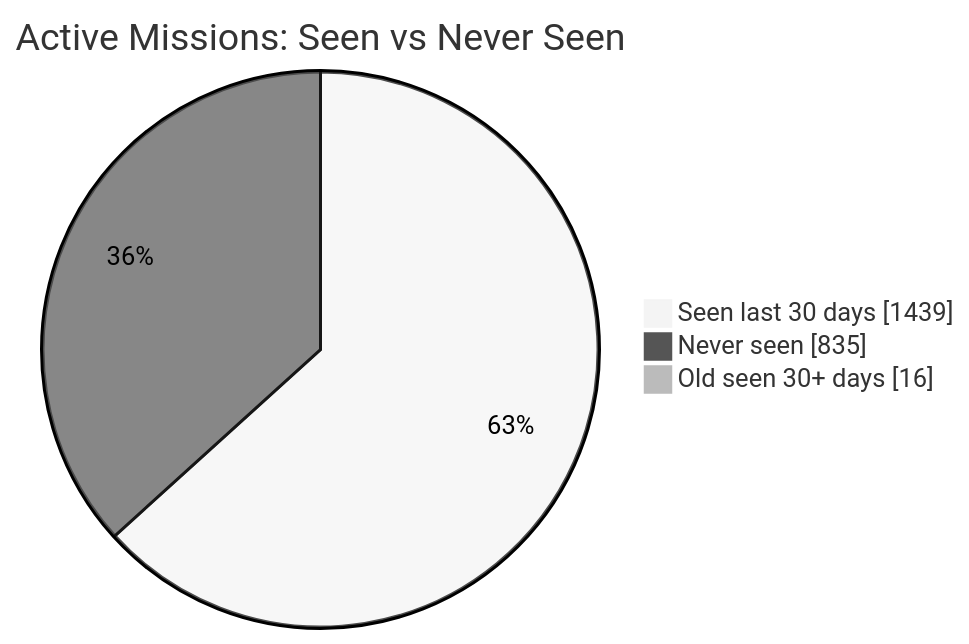
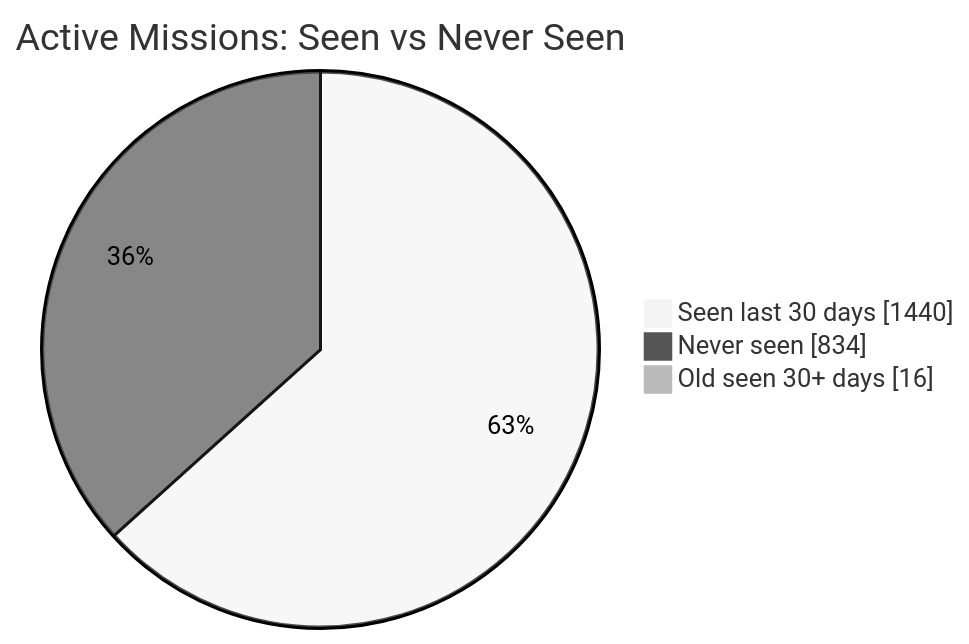
The first of 2 diagrams in README.md (MeldkamerspelGameTeam/active-missions), drawn with Mermaid (neutral theme) before and after one commit. The commit also changed other lines of this file and 3 other files, not shown here.

````diff
--- a/README.md
+++ b/README.md
@@ -34,7 +34,7 @@
 ```mermaid
 pie showData
     title Active Missions: Seen vs Never Seen
-    "Seen last 30 days" : 1439
-    "Never seen" : 835
+    "Seen last 30 days" : 1440
+    "Never seen" : 834
     "Old seen 30+ days" : 16
 ```
````
